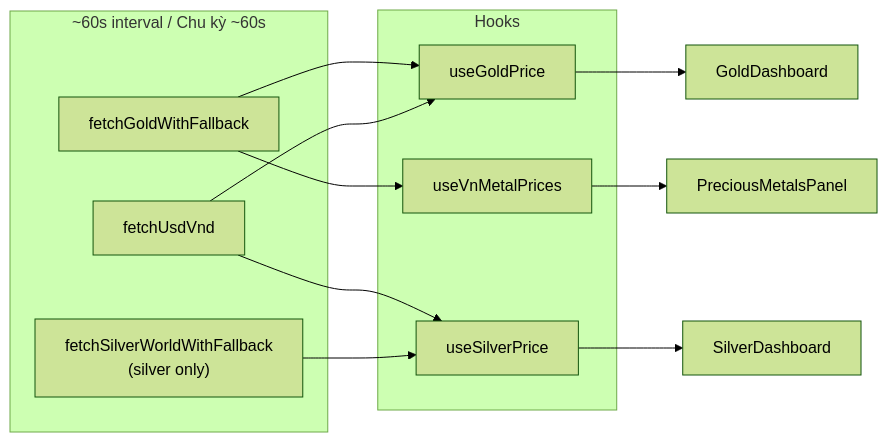
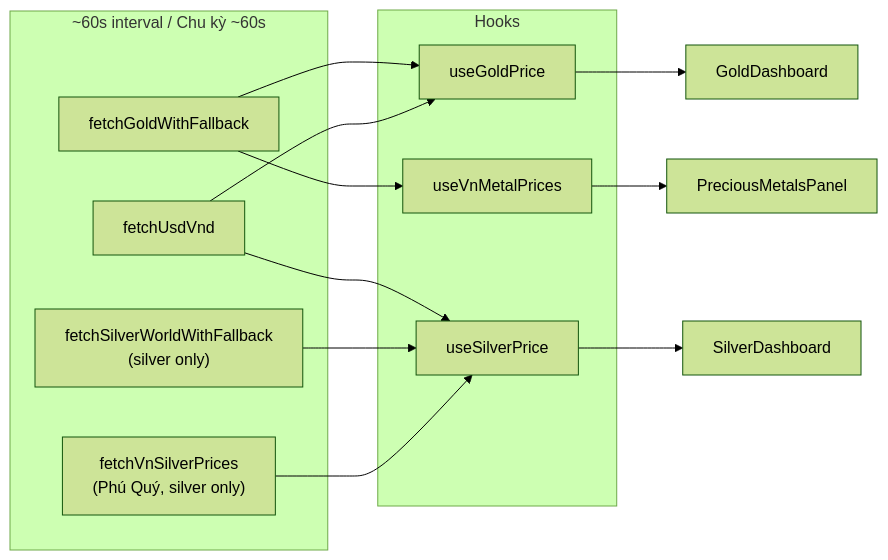
The fourth of 7 diagrams in PROJECT_OVERVIEW.md (hoanghieu512/Crypto_Desktop_Widget), drawn with Mermaid (forest theme) before and after one commit. The commit also changed other lines of this file and 12 other files, not shown here.

````diff
--- a/PROJECT_OVERVIEW.md
+++ b/PROJECT_OVERVIEW.md
@@ -229,24 +230,26 @@
 ```mermaid
 flowchart LR
   subgraph Poll["~60s interval / Chu kỳ ~60s"]
     F1["fetchGoldWithFallback"]
     F2["fetchUsdVnd"]
     F3["fetchSilverWorldWithFallback\n(silver only)"]
+    F4["fetchVnSilverPrices\n(Phú Quý, silver only)"]
   end
 
   subgraph Hooks["Hooks"]
     GH["useGoldPrice"]
     SH["useSilverPrice"]
     VN["useVnMetalPrices"]
   end
 
   F1 --> GH
   F2 --> GH
   F2 --> SH
   F3 --> SH
+  F4 --> SH
   F1 --> VN
 
   GH --> GD["GoldDashboard"]
   SH --> SD["SilverDashboard"]
   VN --> PM["PreciousMetalsPanel"]
 ```
````
